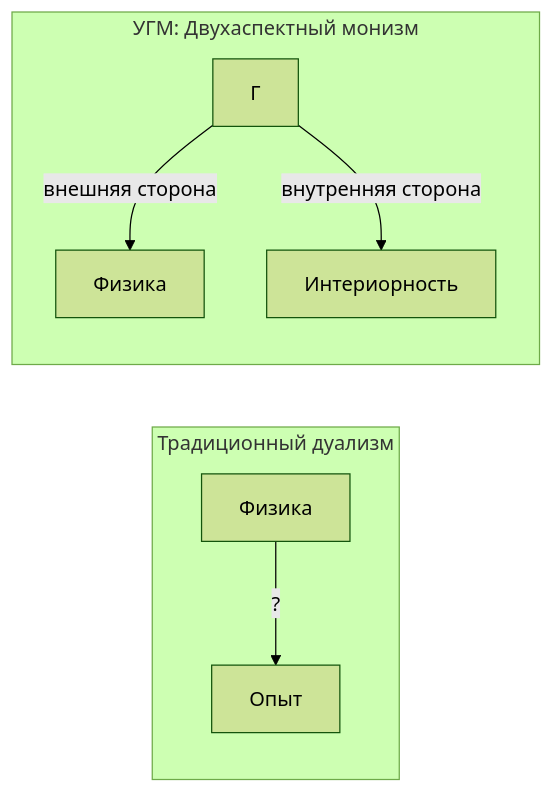
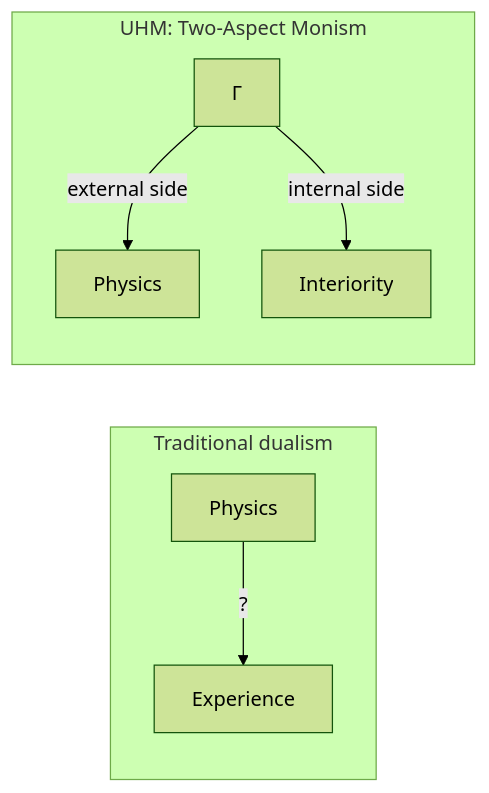
The second of 3 diagrams in website/docs/consciousness/foundations/two-aspect-monism.md (gst-st/uhm), drawn with Mermaid (forest theme) before and after one commit. The commit also changed other lines of this file and 79 other files, not shown here.

````diff
--- a/website/docs/consciousness/foundations/two-aspect-monism.md
+++ b/website/docs/consciousness/foundations/two-aspect-monism.md
@@ -138,11 +138,11 @@
 ```mermaid
 graph LR
-    subgraph "Традиционный дуализм"
-        P1[Физика] -->|?| E1[Опыт]
+    subgraph "Traditional dualism"
+        P1[Physics] -->|?| E1[Experience]
     end
-    subgraph "УГМ: Двухаспектный монизм"
+    subgraph "UHM: Two-Aspect Monism"
         G[Γ]
-        G --> |внешняя сторона| P2[Физика]
-        G --> |внутренняя сторона| E2[Интериорность]
+        G --> |external side| P2[Physics]
+        G --> |internal side| E2[Interiority]
     end
 ```
````
